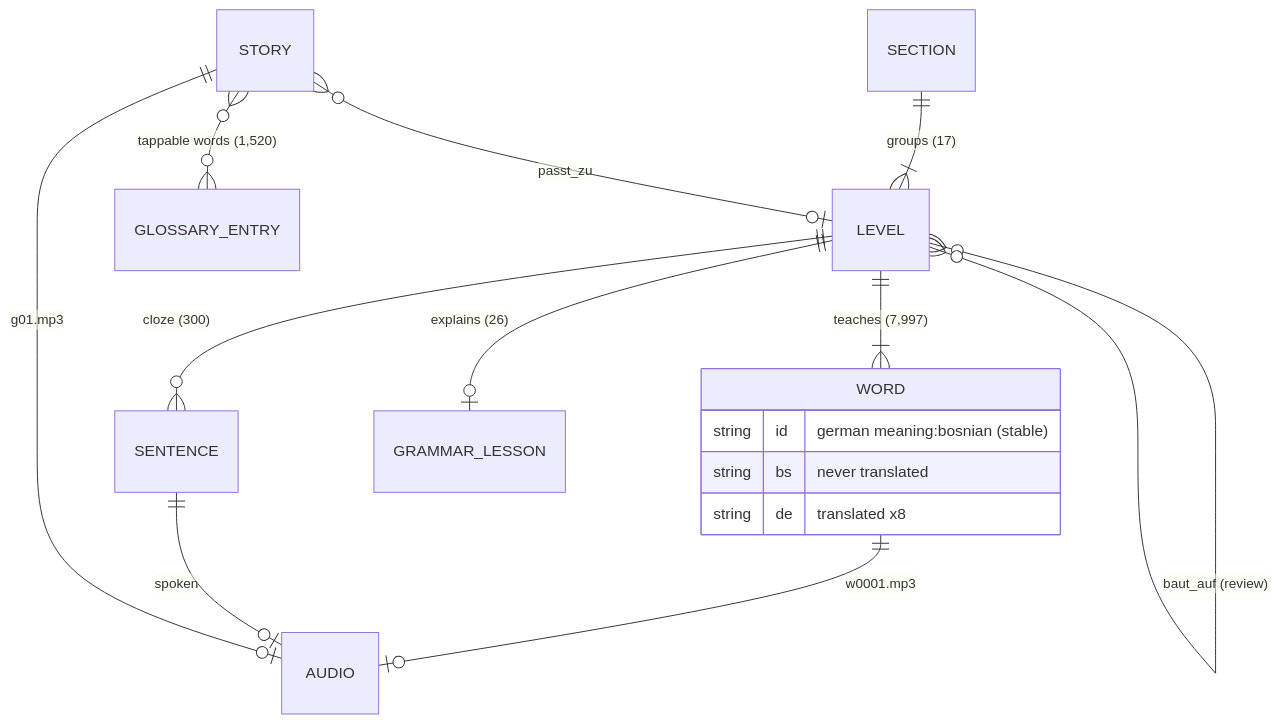
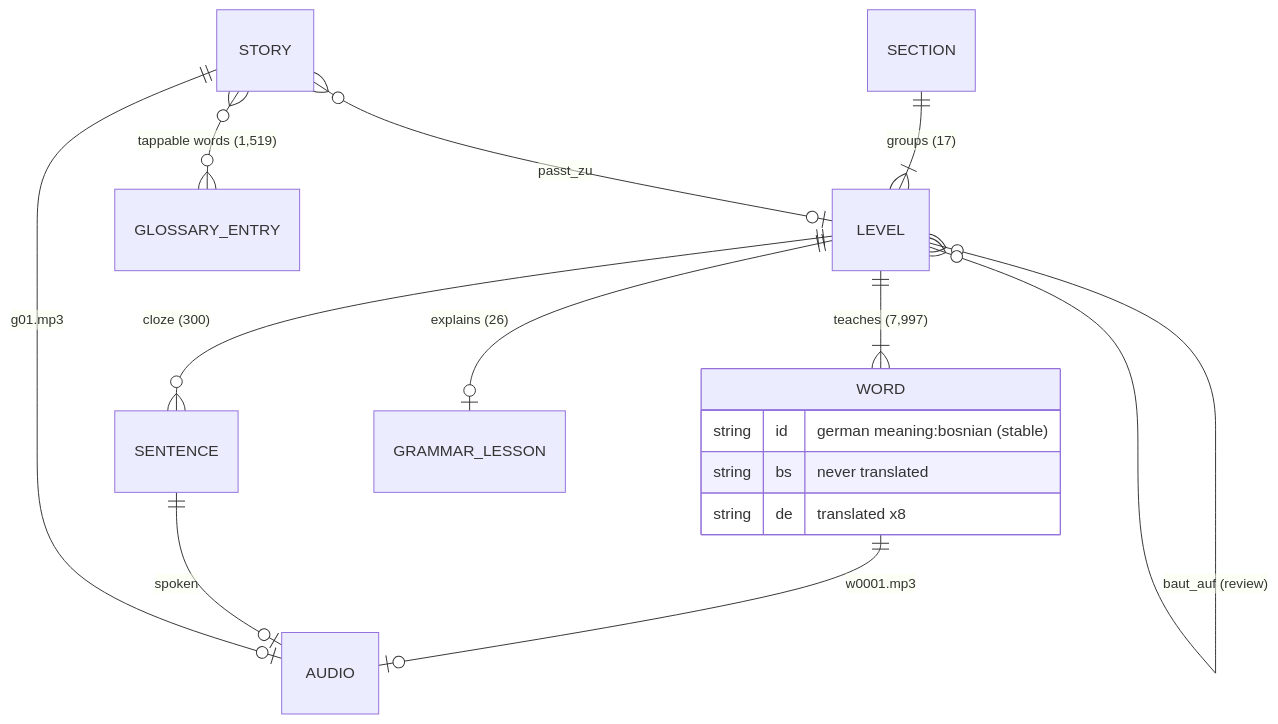
The second of 3 diagrams in docs/ARCHITECTURE.md (zmaj-lernapp/zmaj), drawn with Mermaid before and after one commit. The commit also changed 16 other files, not shown here.

````diff
--- a/docs/ARCHITECTURE.md
+++ b/docs/ARCHITECTURE.md
@@ -54,18 +54,18 @@
 ```mermaid
 erDiagram
   SECTION ||--|{ LEVEL : "groups (17)"
   LEVEL ||--|{ WORD : "teaches (7,997)"
   LEVEL ||--o{ SENTENCE : "cloze (300)"
   LEVEL ||--o| GRAMMAR_LESSON : "explains (26)"
   LEVEL }o--o{ LEVEL : "baut_auf (review)"
   STORY }o--o| LEVEL : "passt_zu"
-  STORY }o--o{ GLOSSARY_ENTRY : "tappable words (1,520)"
+  STORY }o--o{ GLOSSARY_ENTRY : "tappable words (1,519)"
   WORD ||--o| AUDIO : "w0001.mp3"
   SENTENCE ||--o| AUDIO : "spoken"
   STORY ||--o| AUDIO : "g01.mp3"
   WORD {
     string id "german meaning:bosnian (stable)"
     string bs "never translated"
     string de "translated x8"
   }
 ```
````
